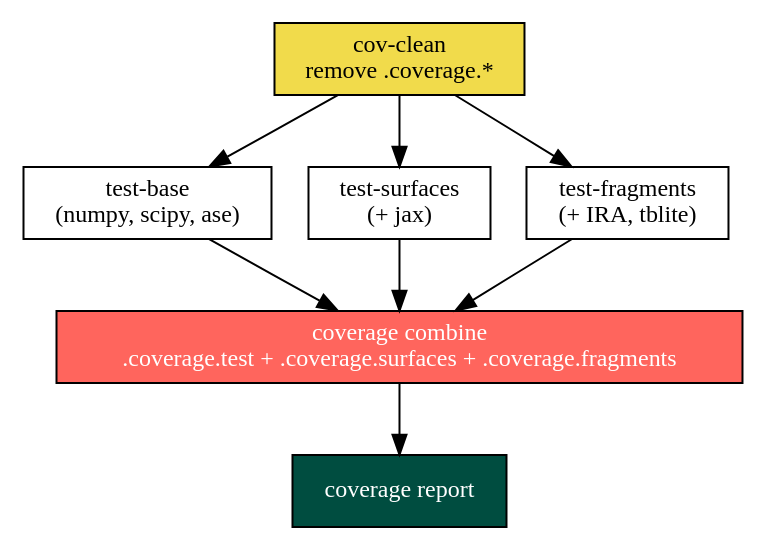
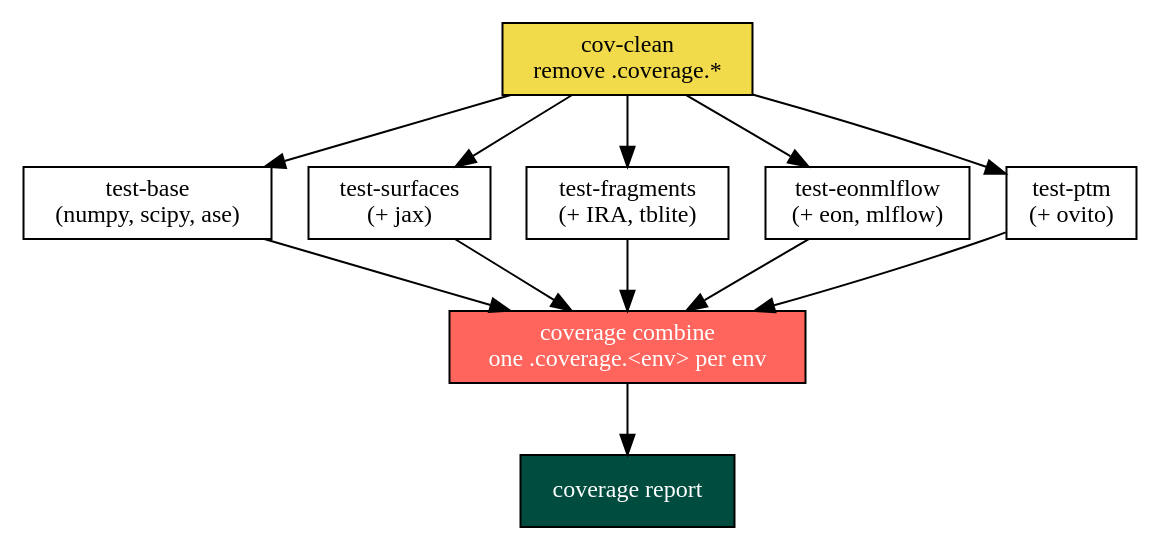
The diagram in docs/orgmode/howto/dev_testing.org (HaoZeke/rgpycrumbs), drawn with Graphviz before and after one commit. The commit also changed other lines of this file, not shown here.

Commit message:
docs(testing): list every coverage environment
pixi run cov also runs the eonmlflow and ptm environments.
The how-to table, command list and flow graph showed only three.
Add both environments with the packages they add and what they cover.

```diff
--- a/docs/orgmode/howto/dev_testing.org
+++ b/docs/orgmode/howto/dev_testing.org
@@ -51,19 +55,23 @@
 #+BEGIN_SRC dot :file coverage_flow.png
 digraph coverage_flow {
     fontname="Jost"; fontsize=12;
     node [fontname="Jost", fontsize=12, shape=box, style=filled, fillcolor=white];
     edge [fontname="Jost", fontsize=11];
 
     clean [label="cov-clean\nremove .coverage.*", fillcolor="#F1DB4B"];
     test [label="test-base\n(numpy, scipy, ase)"];
     surfaces [label="test-surfaces\n(+ jax)"];
     fragments [label="test-fragments\n(+ IRA, tblite)"];
-    combine [label="coverage combine\n.coverage.test + .coverage.surfaces + .coverage.fragments", fillcolor="#FF655D", fontcolor=white];
+    eonmlflow [label="test-eonmlflow\n(+ eon, mlflow)"];
+    ptm [label="test-ptm\n(+ ovito)"];
+    combine [label="coverage combine\none .coverage.<env> per env", fillcolor="#FF655D", fontcolor=white];
     report [label="coverage report", fillcolor="#004D40", fontcolor=white];
 
     clean -> test -> combine;
     clean -> surfaces -> combine;
     clean -> fragments -> combine;
+    clean -> eonmlflow -> combine;
+    clean -> ptm -> combine;
     combine -> report;
 }
 #+END_SRC
```
